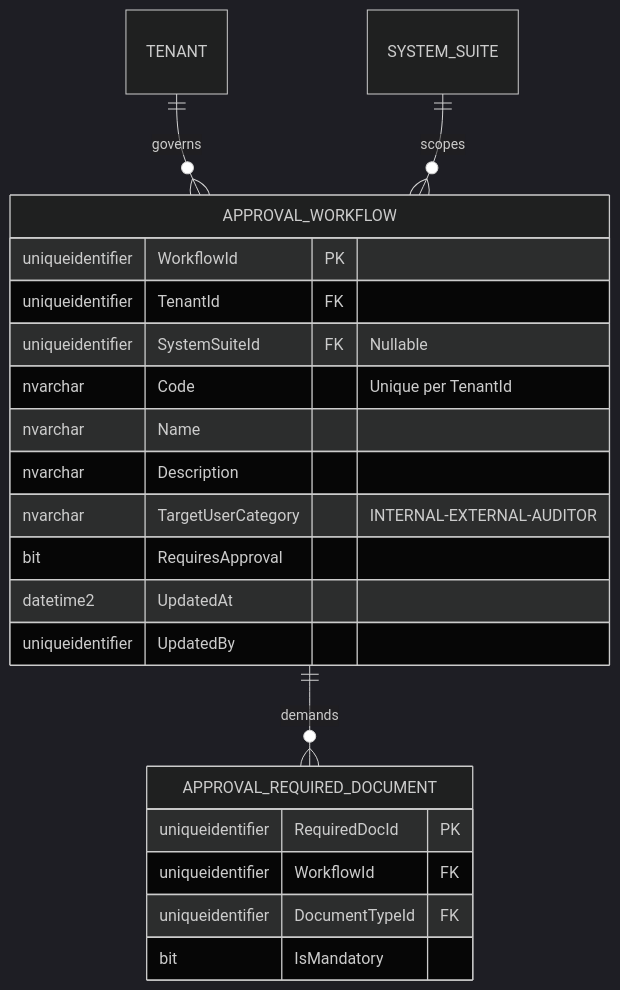
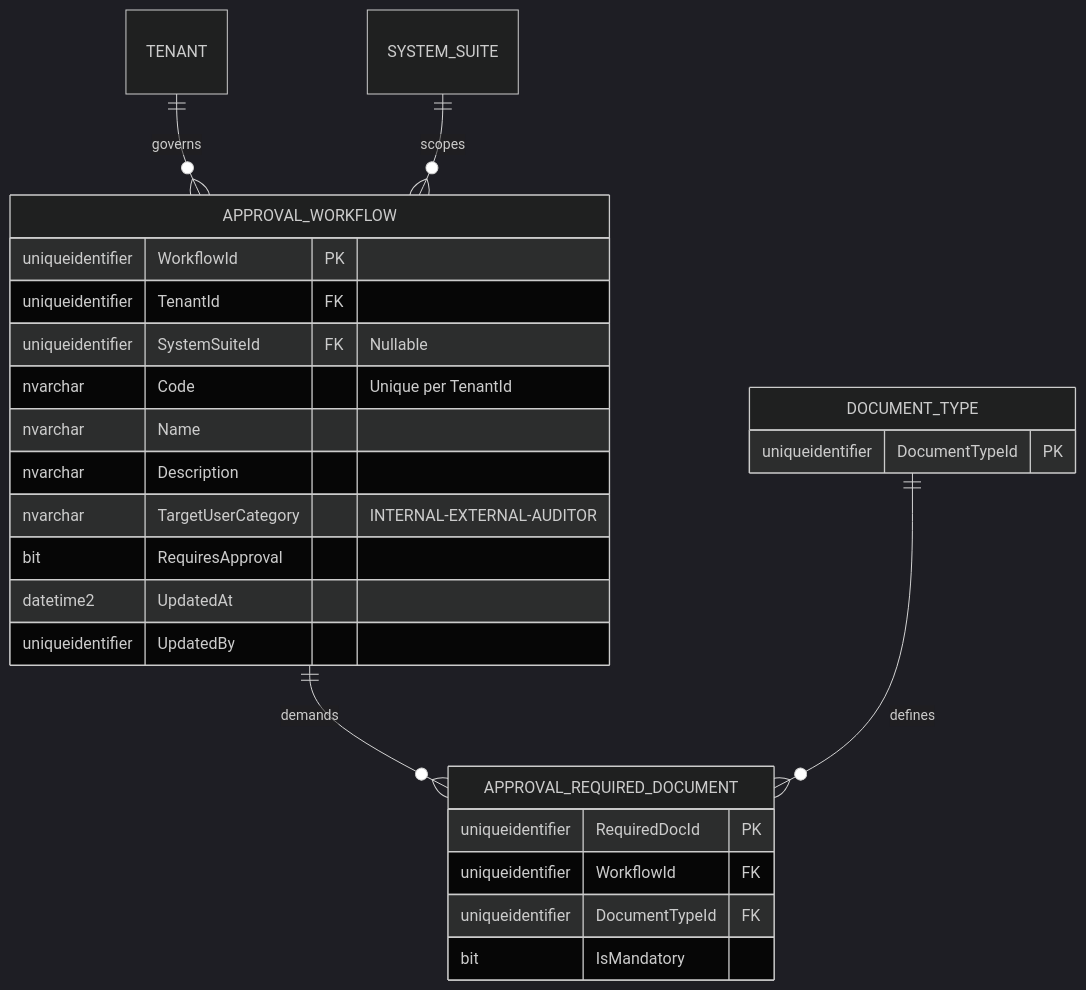
One commit to beyondnetcode/ums changed the third of 3 diagrams in docs/domain/approvals/approval-workflow.md. Above: the diagram before and after it, drawn with Mermaid (dark theme). The commit also changed other lines of this file and 19 other files, not shown here.

````diff
--- a/docs/domain/approvals/approval-workflow.md
+++ b/docs/domain/approvals/approval-workflow.md
@@ -141,25 +155,29 @@
 ```mermaid
 erDiagram
     TENANT ||--o{ APPROVAL_WORKFLOW : "governs"
     SYSTEM_SUITE ||--o{ APPROVAL_WORKFLOW : "scopes"
     APPROVAL_WORKFLOW ||--o{ APPROVAL_REQUIRED_DOCUMENT : "demands"
+    DOCUMENT_TYPE ||--o{ APPROVAL_REQUIRED_DOCUMENT : "defines"
 
     APPROVAL_WORKFLOW {
         uniqueidentifier WorkflowId PK
         uniqueidentifier TenantId FK
         uniqueidentifier SystemSuiteId FK "Nullable"
         nvarchar Code "Unique per TenantId"
         nvarchar Name
         nvarchar Description
         nvarchar TargetUserCategory "INTERNAL-EXTERNAL-AUDITOR"
         bit RequiresApproval
         datetime2 UpdatedAt
         uniqueidentifier UpdatedBy
     }
     APPROVAL_REQUIRED_DOCUMENT {
         uniqueidentifier RequiredDocId PK
         uniqueidentifier WorkflowId FK
         uniqueidentifier DocumentTypeId FK
         bit IsMandatory
     }
+    DOCUMENT_TYPE {
+        uniqueidentifier DocumentTypeId PK
+    }
 ```
````
